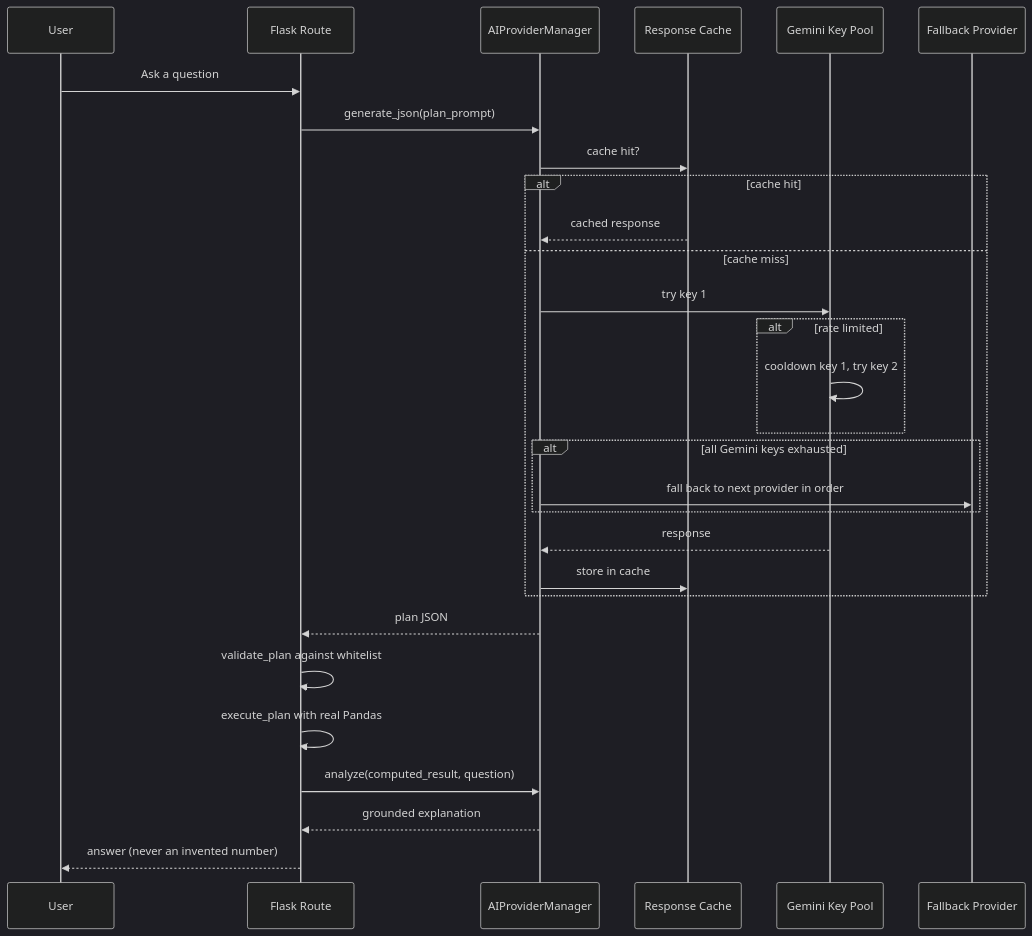
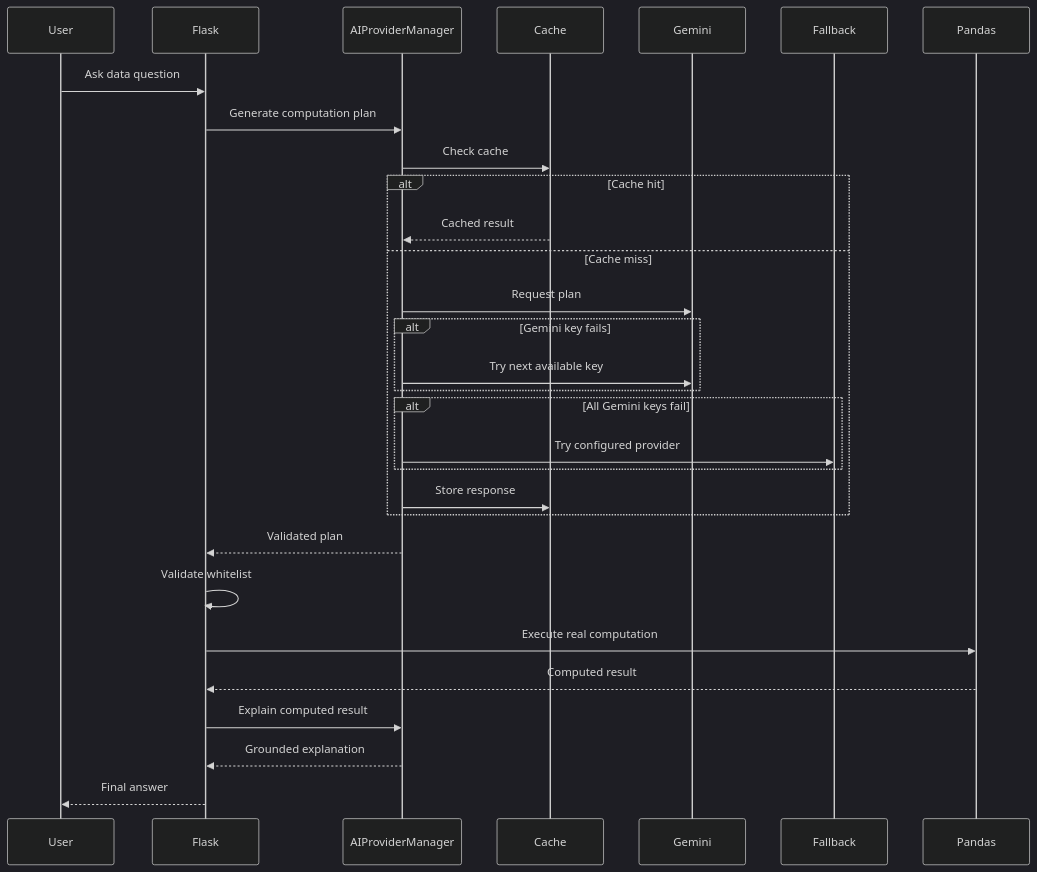
The second of 3 diagrams in README.md (abaid6790/Ai-Business-Analytics), drawn with Mermaid (dark theme) before and after one commit. The commit also changed other lines of this file and 18 other files, not shown here.

````diff
--- a/README.md
+++ b/README.md
@@ -120,32 +799,47 @@
 ```mermaid
 sequenceDiagram
-    participant U as User
-    participant R as Flask Route
-    participant M as AIProviderManager
-    participant C as Response Cache
-    participant G as Gemini Key Pool
-    participant F as Fallback Provider
 
-    U->>R: Ask a question
-    R->>M: generate_json(plan_prompt)
-    M->>C: cache hit?
-    alt cache hit
-        C-->>M: cached response
-    else cache miss
-        M->>G: try key 1
-        alt rate limited
-            G->>G: cooldown key 1, try key 2
+    participant User
+    participant Flask
+    participant Manager as AIProviderManager
+    participant Cache
+    participant Gemini
+    participant Fallback
+    participant Pandas
+
+    User->>Flask: Ask data question
+
+    Flask->>Manager: Generate computation plan
+
+    Manager->>Cache: Check cache
+
+    alt Cache hit
+        Cache-->>Manager: Cached result
+    else Cache miss
+        Manager->>Gemini: Request plan
+
+        alt Gemini key fails
+            Manager->>Gemini: Try next available key
         end
-        alt all Gemini keys exhausted
-            M->>F: fall back to next provider in order
+
+        alt All Gemini keys fail
+            Manager->>Fallback: Try configured provider
         end
-        G-->>M: response
-        M->>C: store in cache
+
+        Manager->>Cache: Store response
     end
-    M-->>R: plan JSON
-    R->>R: validate_plan against whitelist
-    R->>R: execute_plan with real Pandas
-    R->>M: analyze(computed_result, question)
-    M-->>R: grounded explanation
-    R-->>U: answer (never an invented number)
+
+    Manager-->>Flask: Validated plan
+
+    Flask->>Flask: Validate whitelist
+
+    Flask->>Pandas: Execute real computation
+
+    Pandas-->>Flask: Computed result
+
+    Flask->>Manager: Explain computed result
+
+    Manager-->>Flask: Grounded explanation
+
+    Flask-->>User: Final answer
 ```
````
